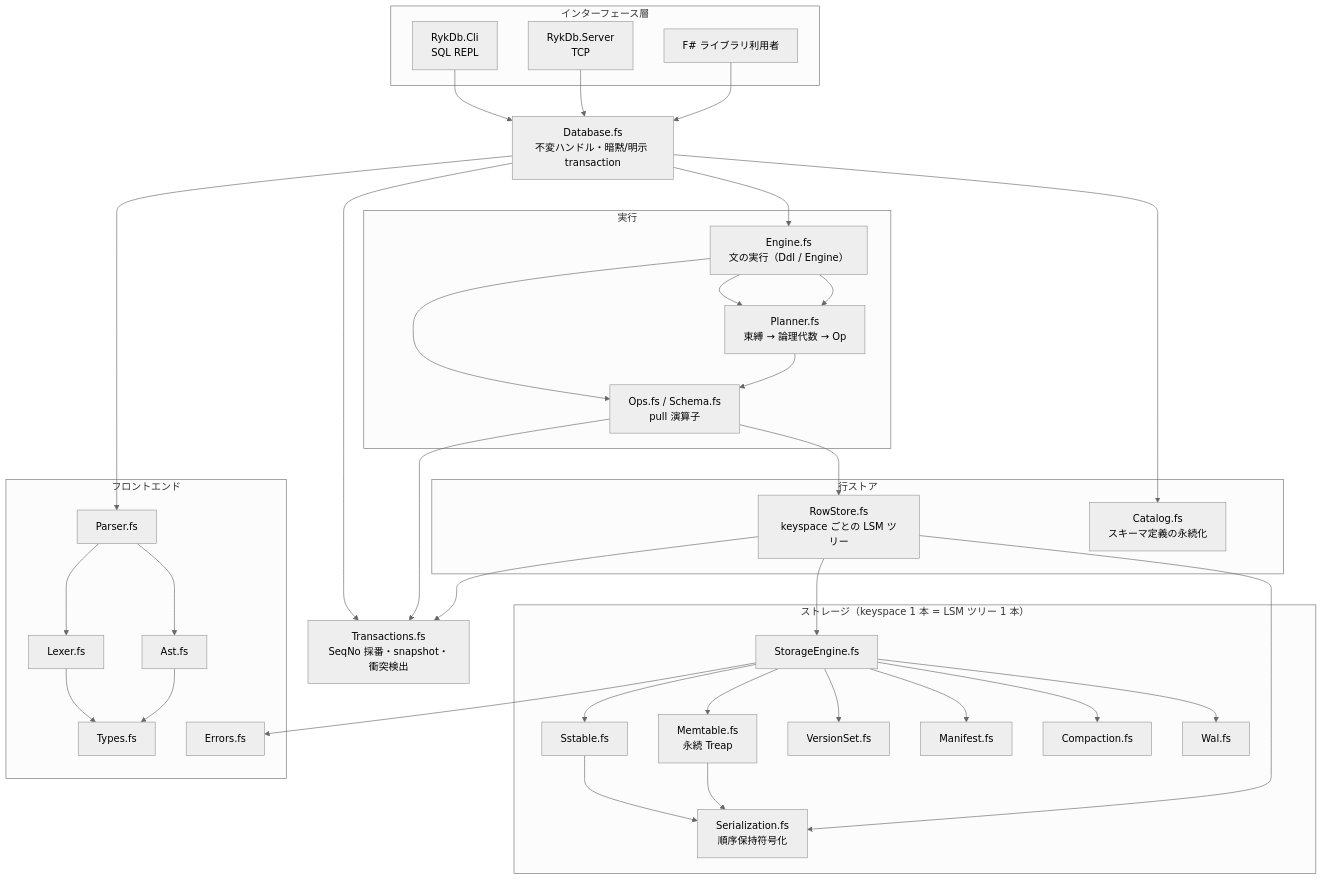
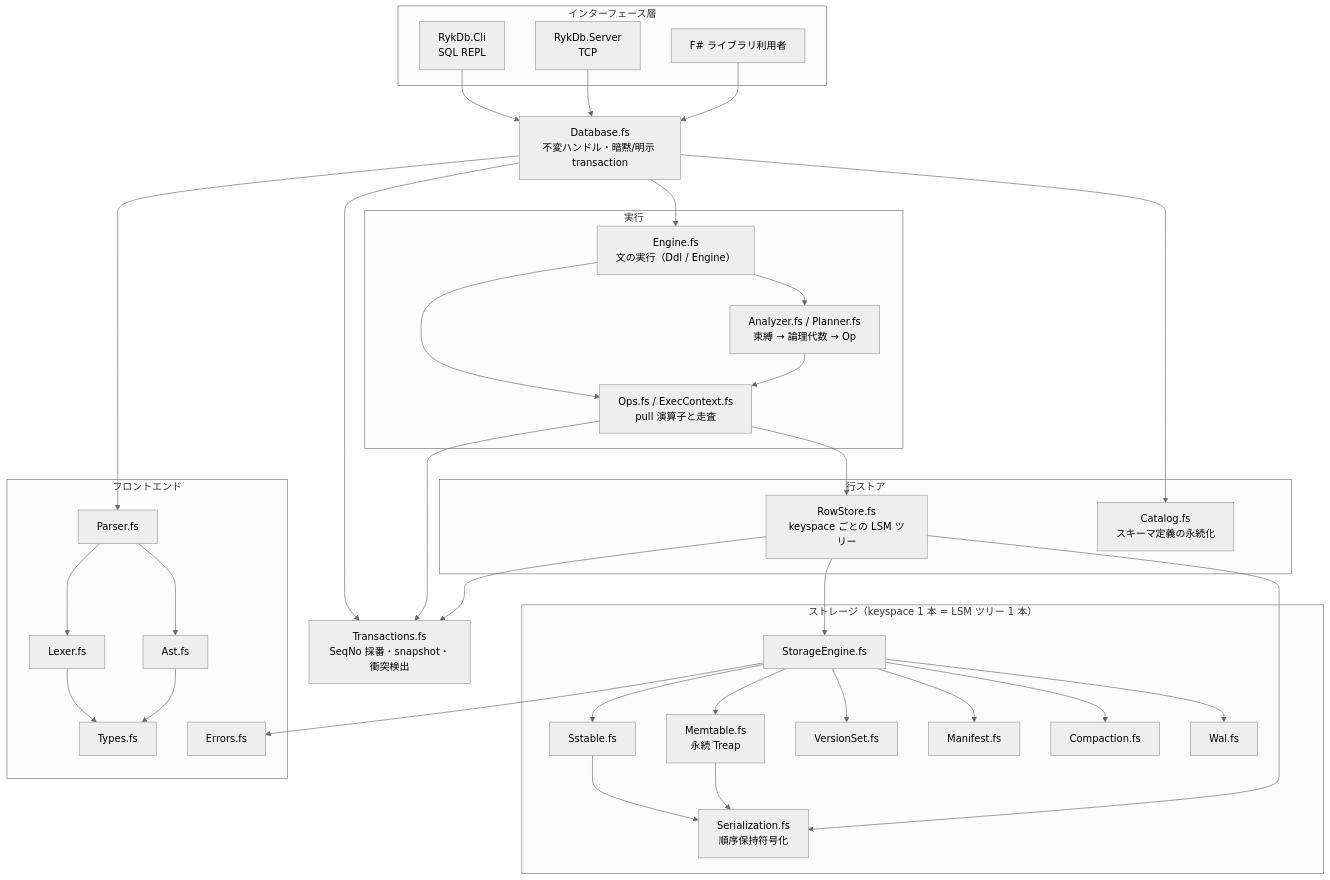
Before and after one commit to nwtks/rykdb: the first of 2 diagrams in docs/architecture.md, drawn with Mermaid (neutral theme). The commit also changed other lines of this file and 55 other files, not shown here.

````diff
--- a/docs/architecture.md
+++ b/docs/architecture.md
@@ -30,72 +30,71 @@
 ```mermaid
 flowchart TB
     subgraph IF["インターフェース層"]
         CLI["RykDb.Cli<br/>SQL REPL"]
         SRV["RykDb.Server<br/>TCP"]
         LIB["F# ライブラリ利用者"]
     end
 
     DB["Database.fs<br/>不変ハンドル・暗黙/明示 transaction"]
 
     subgraph EX["実行"]
         EN["Engine.fs<br/>文の実行（Ddl / Engine）"]
-        PL["Planner.fs<br/>束縛 → 論理代数 → Op"]
-        OPS["Ops.fs / Schema.fs<br/>pull 演算子"]
+        PL["Analyzer.fs / Planner.fs<br/>束縛 → 論理代数 → Op"]
+        OPS["Ops.fs / ExecContext.fs<br/>pull 演算子と走査"]
     end
 
     subgraph ROW["行ストア"]
         RS["RowStore.fs<br/>keyspace ごとの LSM ツリー"]
         CAT["Catalog.fs<br/>スキーマ定義の永続化"]
     end
 
     MVCC["Transactions.fs<br/>SeqNo 採番・snapshot・衝突検出"]
 
     subgraph ST["ストレージ（keyspace 1 本 = LSM ツリー 1 本）"]
         SE["StorageEngine.fs"]
         MEM["Memtable.fs<br/>永続 Treap"]
         SST["Sstable.fs"]
         VS["VersionSet.fs"]
         MF["Manifest.fs"]
         CO["Compaction.fs"]
         WAL["Wal.fs"]
         SER["Serialization.fs<br/>順序保持符号化"]
     end
 
     subgraph FE["フロントエンド"]
         P["Parser.fs"]
         L["Lexer.fs"]
         A["Ast.fs"]
         T["Types.fs"]
         E["Errors.fs"]
     end
 
     CLI --> DB
     SRV --> DB
     LIB --> DB
     DB --> EN
     DB --> CAT
     DB --> MVCC
     EN --> PL
-    EN --> PL
     EN --> OPS
     PL --> OPS
     OPS --> RS
     OPS --> MVCC
     RS --> SE
     RS --> MVCC
     SE --> MEM
     SE --> SST
     SE --> VS
     SE --> MF
     SE --> CO
     SE --> WAL
     SST --> SER
     MEM --> SER
     RS --> SER
     DB --> P
     P --> L
     P --> A
     L --> T
     A --> T
     SE --> E
 ```
````
